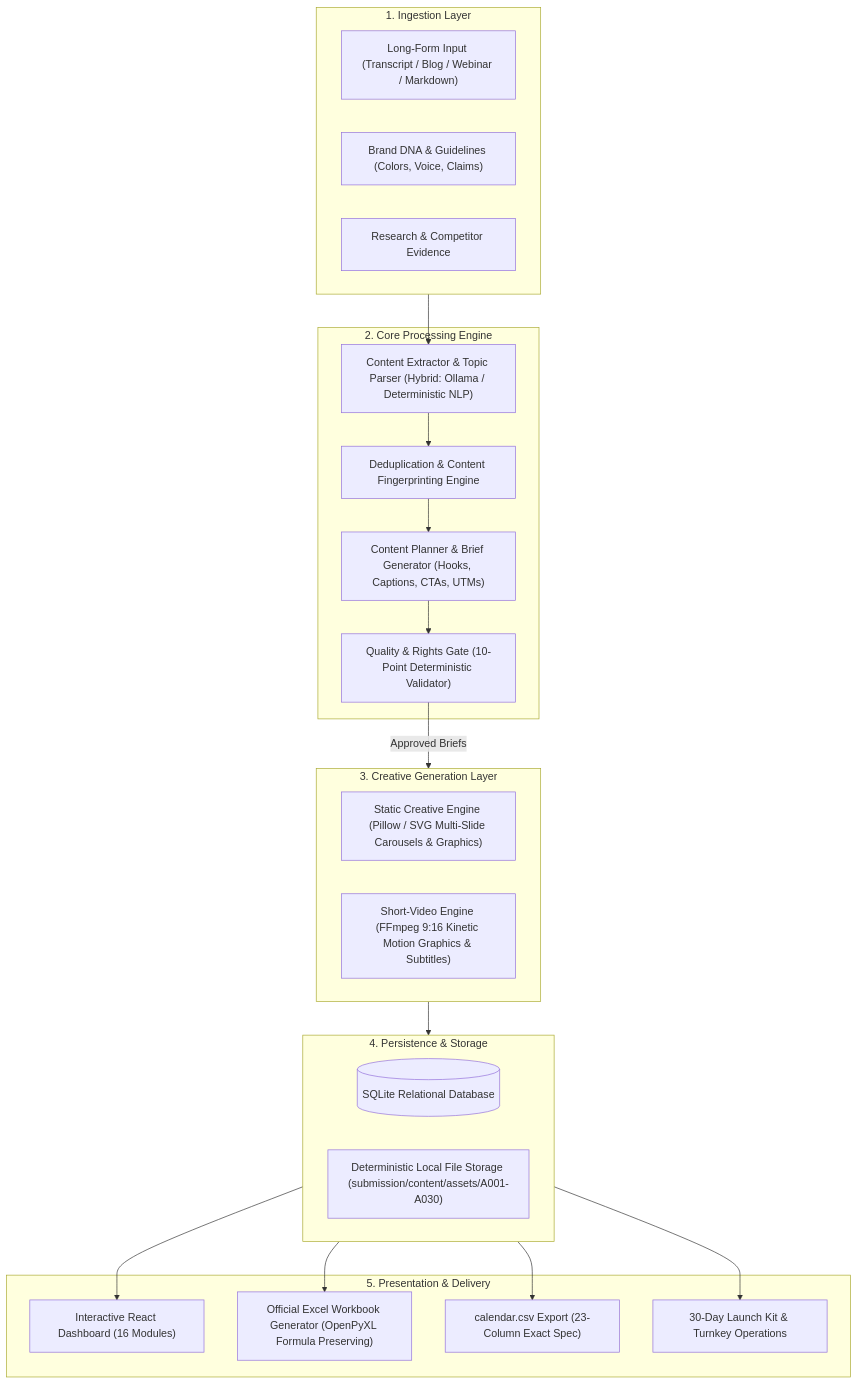
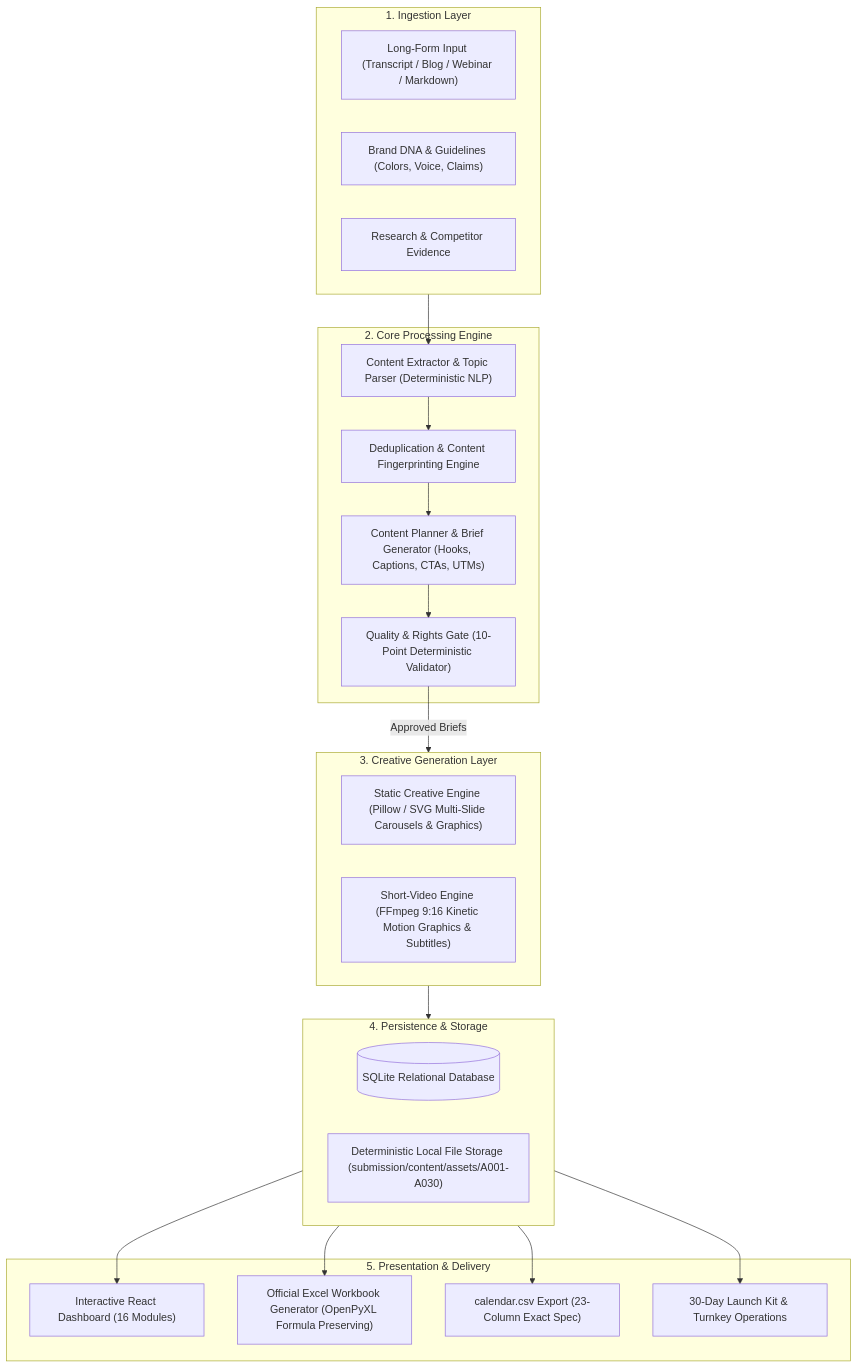
The diagram in ARCHITECTURE.md (NISHANTH-KONCHADA/ai--media-content-engine), drawn with Mermaid before and after one commit. The commit also changed other lines of this file and 14 other files, not shown here.

````diff
--- a/ARCHITECTURE.md
+++ b/ARCHITECTURE.md
@@ -9,43 +9,43 @@
 ```mermaid
 flowchart TD
     subgraph Inputs["1. Ingestion Layer"]
         IN1["Long-Form Input (Transcript / Blog / Webinar / Markdown)"]
         IN2["Brand DNA & Guidelines (Colors, Voice, Claims)"]
         IN3["Research & Competitor Evidence"]
     end
 
     subgraph CoreEngine["2. Core Processing Engine"]
-        EXT["Content Extractor & Topic Parser (Hybrid: Ollama / Deterministic NLP)"]
+        EXT["Content Extractor & Topic Parser (Deterministic NLP)"]
         DEDUP["Deduplication & Content Fingerprinting Engine"]
         PLANNER["Content Planner & Brief Generator (Hooks, Captions, CTAs, UTMs)"]
         GATE["Quality & Rights Gate (10-Point Deterministic Validator)"]
     end
 
     subgraph CreativeRenderers["3. Creative Generation Layer"]
         PEX["Static Creative Engine (Pillow / SVG Multi-Slide Carousels & Graphics)"]
         FFM["Short-Video Engine (FFmpeg 9:16 Kinetic Motion Graphics & Subtitles)"]
     end
 
     subgraph Storage["4. Persistence & Storage"]
         DB[("SQLite Relational Database")]
         FS["Deterministic Local File Storage (submission/content/assets/A001-A030)"]
     end
 
     subgraph Distribution["5. Presentation & Delivery"]
         UI["Interactive React Dashboard (16 Modules)"]
         WB["Official Excel Workbook Generator (OpenPyXL Formula Preserving)"]
         CSV["calendar.csv Export (23-Column Exact Spec)"]
         KIT["30-Day Launch Kit & Turnkey Operations"]
     end
 
     Inputs --> EXT
     EXT --> DEDUP
     DEDUP --> PLANNER
     PLANNER --> GATE
     GATE -->|Approved Briefs| CreativeRenderers
     CreativeRenderers --> Storage
     Storage --> UI
     Storage --> WB
     Storage --> CSV
     Storage --> KIT
 ```
````
